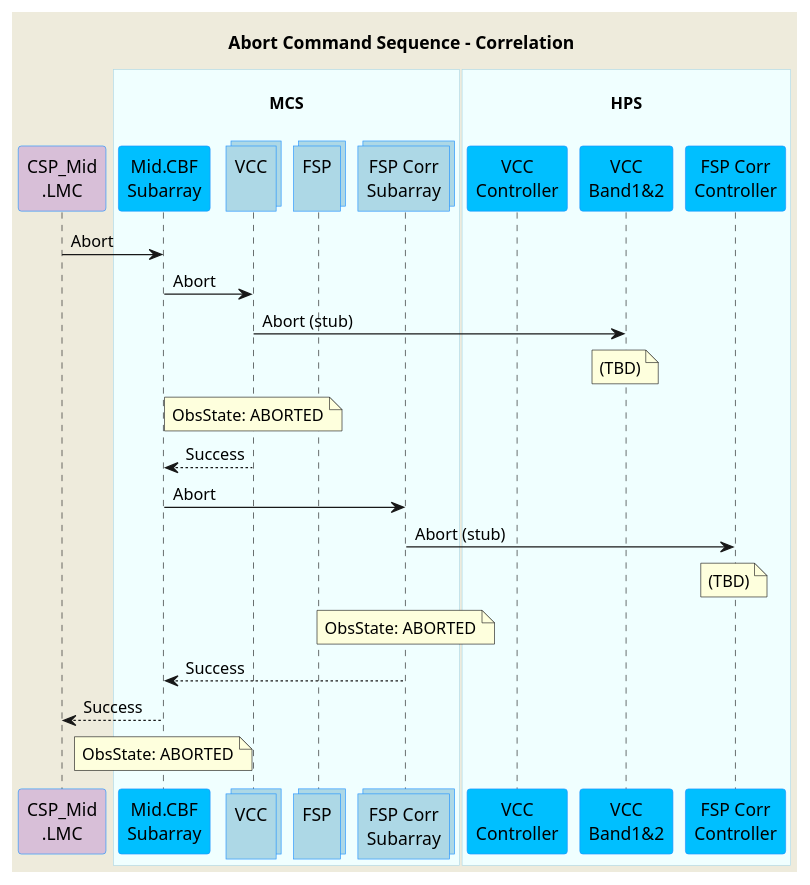
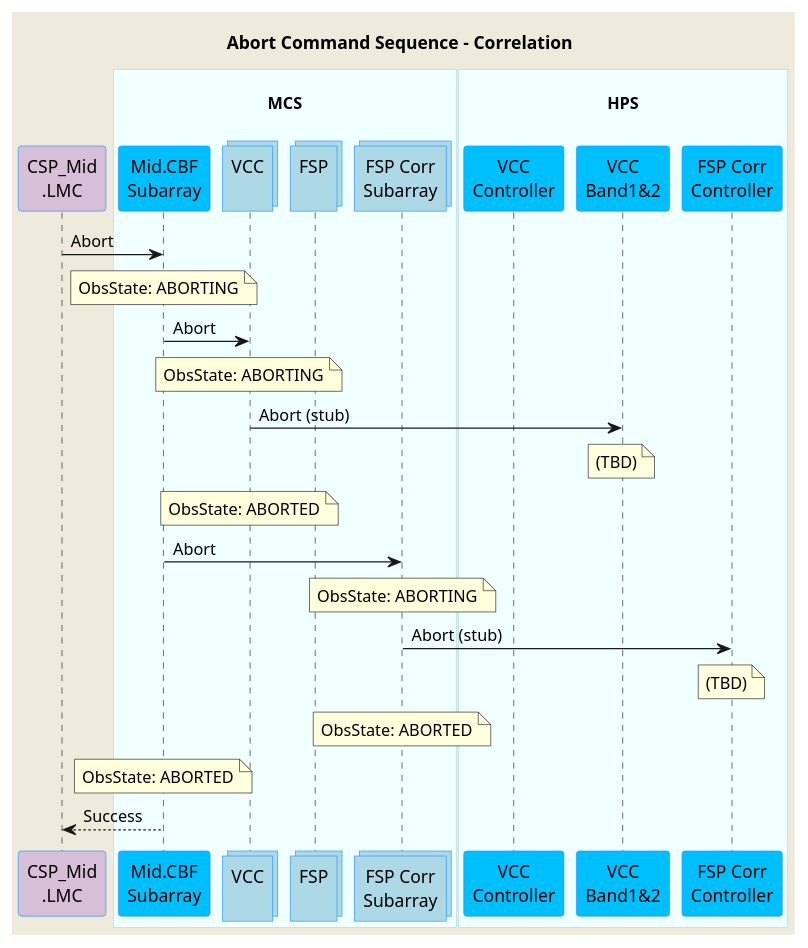
Before and after one commit to ska-telescope/mid-cbf-mcs: the diagram in docs/src/diagrams/abort-command.puml, drawn with PlantUML. The commit also changed 9 other files, not shown here.

```diff
--- a/docs/src/diagrams/abort-command.puml
+++ b/docs/src/diagrams/abort-command.puml
@@ -1,56 +1,55 @@
 @startuml
 'https://plantuml.com/sequence-diagram
 
 skinparam backgroundColor #EEEBDC
 skinparam sequence {
   ParticipantBorderColor DodgerBlue
   ParticipantBackgroundColor DeepSkyBlue
   ActorBorderColor DarkGreen
   ActorBackgroundColor Green
   BoxBorderColor LightBlue
   BoxBackgroundColor #F0FFFF
 }
 
 skinparam collections {
   BackGroundColor LightBlue
   BorderColor DodgerBlue
 }
 
 skinparam database {
   BackgroundColor LightGreen
   BorderColor DarkGreen
 }
 
 title Abort Command Sequence - Correlation
 
 participant "CSP_Mid\n.LMC" as lmc #Thistle
 box "\nMCS\n"
   participant "Mid.CBF\nSubarray" as subarray
   collections "VCC\n" as vcc
   collections "FSP\n" as fsp
   collections "FSP Corr\nSubarray" as fspsubarray
 end box
 box "\nHPS\n"
   participant "VCC\nController" as hpsvcc
   participant "VCC\nBand1&2" as hpsvccband
   participant "FSP Corr\nController" as hpsfspcorr
 end box
 
 lmc        ->  subarray      : Abort
-
+note over subarray           : ObsState: ABORTING
 subarray   ->  vcc           : Abort
+note over vcc                : ObsState: ABORTING
 vcc        ->  hpsvccband    : Abort (stub) 
 note over hpsvccband         : (TBD)
 note over vcc                : ObsState: ABORTED
-subarray   <-- vcc           : Success
 subarray   ->  fspsubarray   : Abort
-fspsubarray->  hpsfspcorr        : Abort (stub)
-note over hpsfspcorr             : (TBD)
+note over fspsubarray        : ObsState: ABORTING
+fspsubarray->  hpsfspcorr    : Abort (stub)
+note over hpsfspcorr         : (TBD)
 note over fspsubarray        : ObsState: ABORTED
-subarray   <-- fspsubarray   : Success
+note over subarray           : ObsState: ABORTED
 
 lmc       <--  subarray      : Success
-note over subarray           : ObsState: ABORTED
-
 
 @enduml
```
